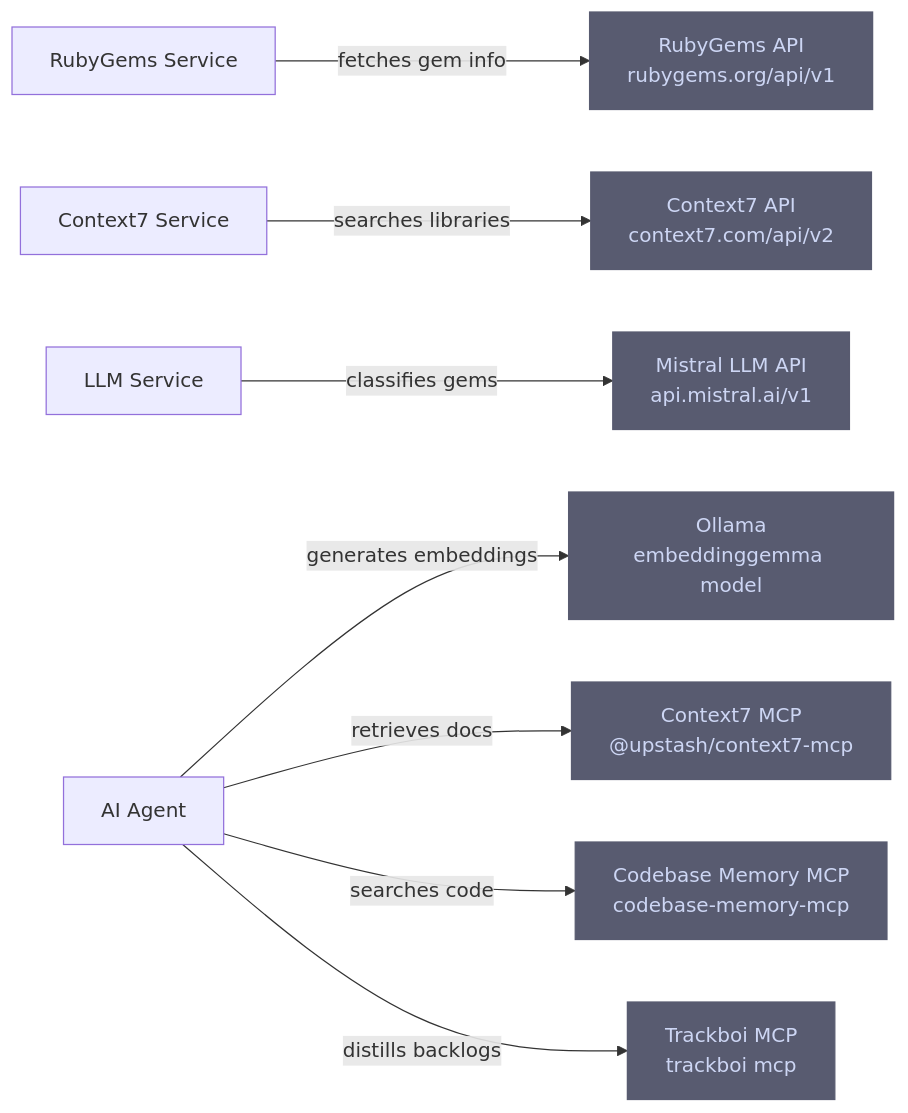
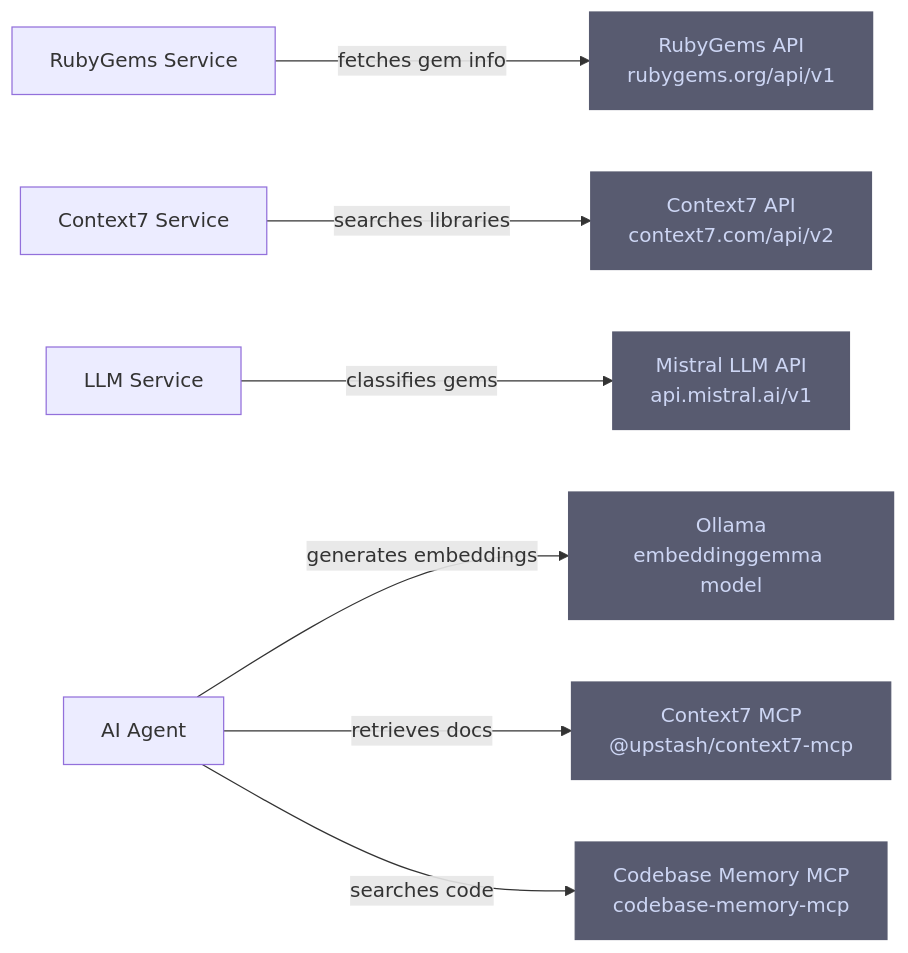
One commit to b08x/rubygemdb changed the second of 3 diagrams in README.md. Above: the diagram before and after it, drawn with Mermaid. The commit also changed other lines of this file and 5 other files, not shown here.

````diff
--- a/README.md
+++ b/README.md
@@ -59,26 +59,23 @@
 ```mermaid
 graph LR
     rubygems-api["RubyGems API\nrubygems.org/api/v1"]
     context7-api["Context7 API\ncontext7.com/api/v2"]
     mistral-api["Mistral LLM API\napi.mistral.ai/v1"]
     ollama["Ollama\nembeddinggemma model"]
     mcp-context7["Context7 MCP\n@upstash/context7-mcp"]
     mcp-cbm["Codebase Memory MCP\ncodebase-memory-mcp"]
-    mcp-trackboi["Trackboi MCP\ntrackboi mcp"]
 
     rubygems-service["RubyGems Service"] -->|"fetches gem info"| rubygems-api
     context7-service["Context7 Service"] -->|"searches libraries"| context7-api
     llm-service["LLM Service"] -->|"classifies gems"| mistral-api
     agent["AI Agent"] -->|"generates embeddings"| ollama
     agent -->|"retrieves docs"| mcp-context7
     agent -->|"searches code"| mcp-cbm
-    agent -->|"distills backlogs"| mcp-trackboi
 
     style rubygems-api fill:#585b70,stroke:#585b70,color:#cdd6f4
     style context7-api fill:#585b70,stroke:#585b70,color:#cdd6f4
     style mistral-api fill:#585b70,stroke:#585b70,color:#cdd6f4
     style ollama fill:#585b70,stroke:#585b70,color:#cdd6f4
     style mcp-context7 fill:#585b70,stroke:#585b70,color:#cdd6f4
     style mcp-cbm fill:#585b70,stroke:#585b70,color:#cdd6f4
-    style mcp-trackboi fill:#585b70,stroke:#585b70,color:#cdd6f4
 ```
````
